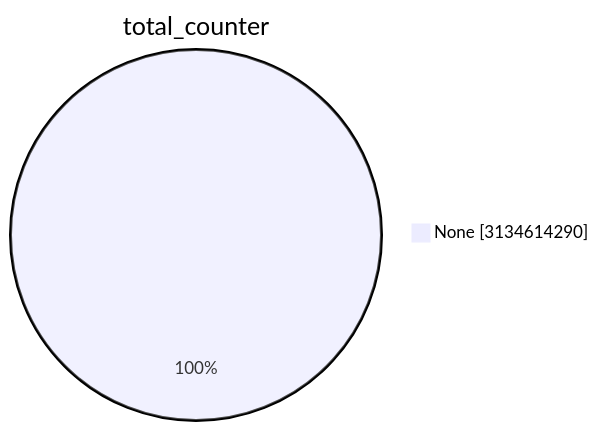
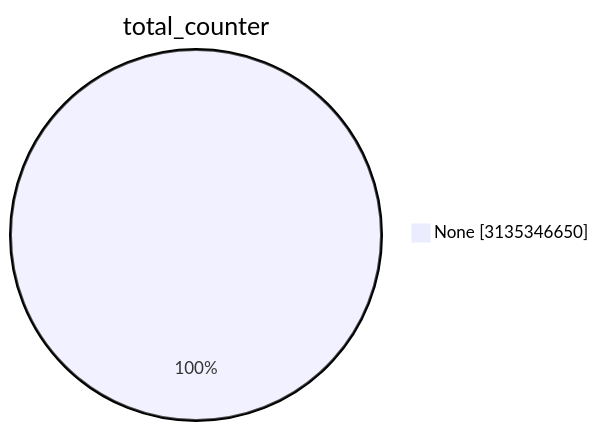
One commit to christiankrug/ctmonitor_visualization changed the first of 15 diagrams in TOTAL/README.md. Above: the diagram before and after it, drawn with Mermaid. The commit also changed other lines of this file, not shown here.

````diff
--- a/TOTAL/README.md
+++ b/TOTAL/README.md
@@ -1,5 +1,5 @@
 ```mermaid
 pie showData
 title total_counter
-"None" :3134614290
+"None" :3135346650
 ```
````
